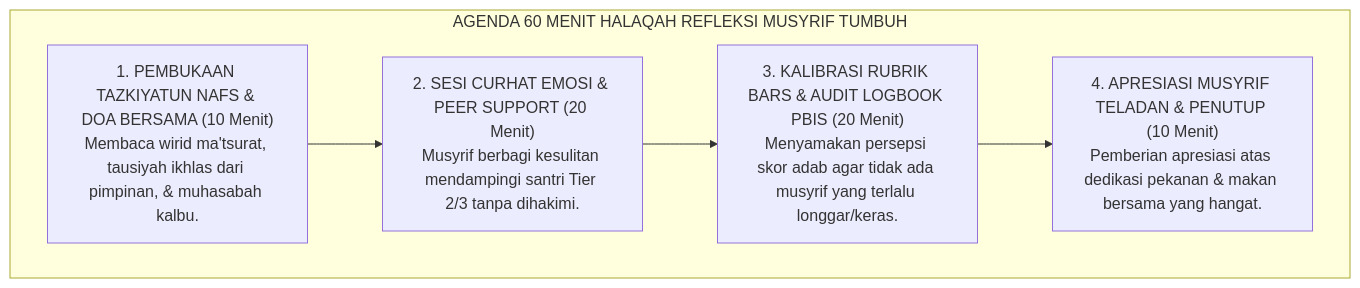
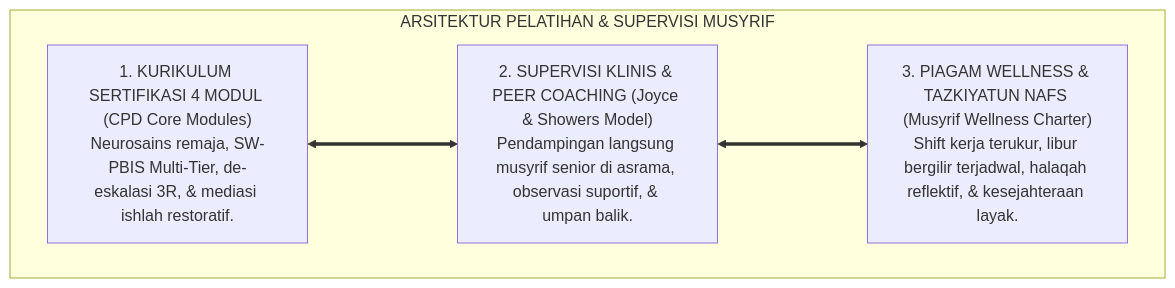
Before and after one commit to wandiapriliyandi/tumbuh: the second of 3 diagrams in 02 Principles/07 Implementation Principles/P2-07-02-Prinsip-Pelatihan-dan-Supervisi-Musyrif.md, drawn with Mermaid. The commit also changed other lines of this file and 6 other files, not shown here.

````diff
--- a/02 Principles/07 Implementation Principles/P2-07-02-Prinsip-Pelatihan-dan-Supervisi-Musyrif.md
+++ b/02 Principles/07 Implementation Principles/P2-07-02-Prinsip-Pelatihan-dan-Supervisi-Musyrif.md
@@ -139,14 +113,13 @@
 ```mermaid
 flowchart TD
-    subgraph AgendaHalaqahReflektifPekanan["AGENDA 60 MENIT HALAQAH REFLEKSI MUSYRIF TUMBUH"]
-        A1["1. PEMBUKAAN TAZKIYATUN NAFS & DOA BERSAMA (10 Menit)<br/>Membaca wirid ma'tsurat, tausiyah ikhlas dari pimpinan, & muhasabah kalbu."]
+    subgraph ArsitekturPengembanganMusyrifTUMBUH["ARSITEKTUR PELATIHAN & SUPERVISI MUSYRIF"]
         
-        A2["2. SESI CURHAT EMOSI & PEER SUPPORT (20 Menit)<br/>Musyrif berbagi kesulitan mendampingi santri Tier 2/3 tanpa dihakimi."]
+        M1_Sayap["1. KURIKULUM SERTIFIKASI 4 MODUL (CPD Core Modules)<br/>Neurosains remaja, SW-PBIS Multi-Tier, de-eskalasi 3R, & mediasi ishlah restoratif."]
         
-        A3["3. KALIBRASI RUBRIK BARS & AUDIT LOGBOOK PBIS (20 Menit)<br/>Menyamakan persepsi skor adab agar tidak ada musyrif yang terlalu longgar/keras."]
+        M2_Sayap["2. SUPERVISI KLINIS & PEER COACHING (Joyce & Showers Model)<br/>Pendampingan langsung musyrif senior di asrama, observasi suportif, & umpan balik."]
         
-        A4["4. APRESIASI MUSYRIF TELADAN & PENUTUP (10 Menit)<br/>Pemberian apresiasi atas dedikasi pekanan & makan bersama yang hangat."]
+        M3_Sayap["3. PIAGAM WELLNESS & TAZKIYATUN NAFS (Musyrif Wellness Charter)<br/>Shift kerja terukur, libur bergilir terjadwal, halaqah reflektif, & kesejahteraan layak."]
         
-        A1 --> A2 --> A3 --> A4
+        M1_Sayap <===> M2_Sayap <===> M3_Sayap
     end
 ```
````
